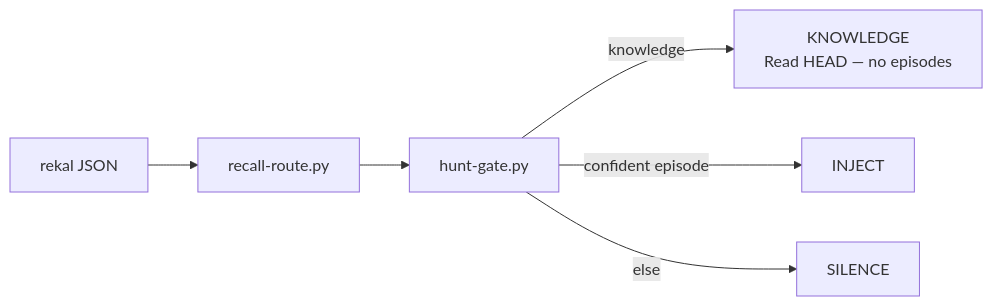
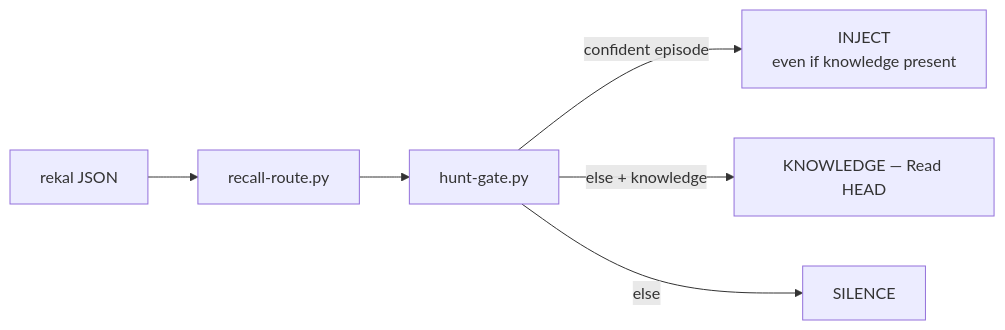
One commit to rekal-dev/rekal-cli changed the third of 3 diagrams in README.md. Above: the diagram before and after it, drawn with Mermaid. The commit also changed 6 other files, not shown here.

First line of the commit message:
fix(skill): confident episodes outrank knowledge fallback

````diff
--- a/README.md
+++ b/README.md
@@ -280,8 +280,8 @@
 ```mermaid
 flowchart LR
     j["rekal JSON"] --> rr["recall-route.py"]
     rr --> hg["hunt-gate.py"]
-    hg -->|knowledge| k["KNOWLEDGE<br/>Read HEAD — no episodes"]
-    hg -->|confident episode| i["INJECT"]
+    hg -->|confident episode| i["INJECT<br/>even if knowledge present"]
+    hg -->|else + knowledge| k["KNOWLEDGE — Read HEAD"]
     hg -->|else| s["SILENCE"]
 ```
````
